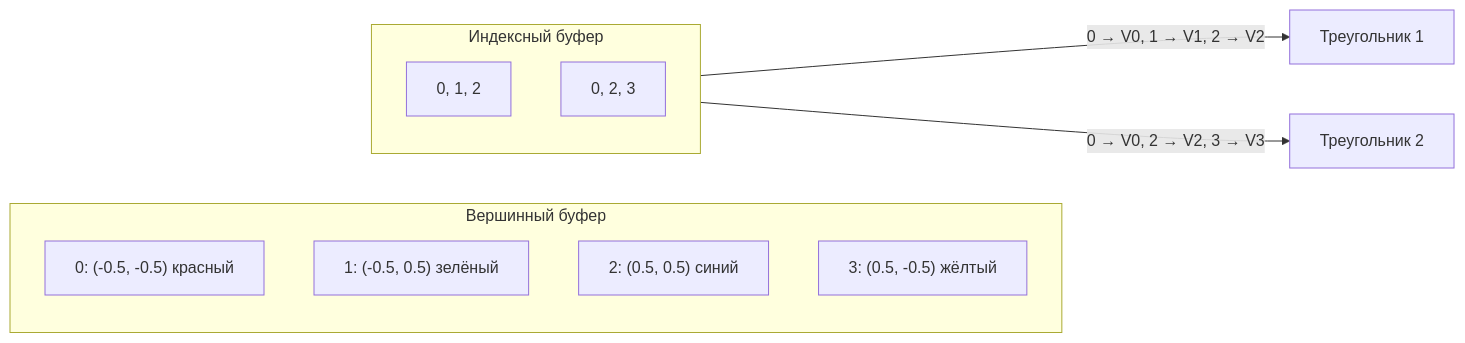
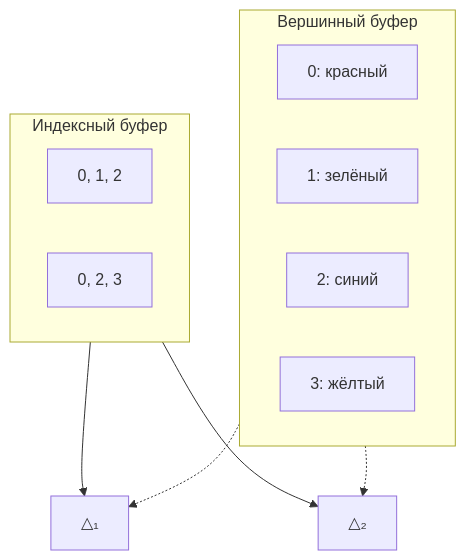
One commit to Bromles/wgpu-tutorial changed the second of 2 diagrams in docs/guide/gpu-data-model/index-buffers/index.md. Above: the diagram before and after it, drawn with Mermaid. The commit also changed other lines of this file and 29 other files, not shown here.

````diff
--- a/docs/guide/gpu-data-model/index-buffers/index.md
+++ b/docs/guide/gpu-data-model/index-buffers/index.md
@@ -34,15 +51,17 @@
 ```mermaid
-flowchart LR
+flowchart TB
     subgraph VB["Вершинный буфер"]
-        V0["0: (-0.5, -0.5) красный"]
-        V1["1: (-0.5, 0.5) зелёный"]
-        V2["2: (0.5, 0.5) синий"]
-        V3["3: (0.5, -0.5) жёлтый"]
+        V0["0: красный"]
+        V1["1: зелёный"]
+        V2["2: синий"]
+        V3["3: жёлтый"]
     end
     subgraph IB["Индексный буфер"]
         I1["0, 1, 2"]
         I2["0, 2, 3"]
     end
-    IB --> |"0 → V0, 1 → V1, 2 → V2"| GPU1[Треугольник 1]
-    IB --> |"0 → V0, 2 → V2, 3 → V3"| GPU2[Треугольник 2]
+    IB --> GPU1["△₁"]
+    IB --> GPU2["△₂"]
+    VB -.-> GPU1
+    VB -.-> GPU2
 ```
````
